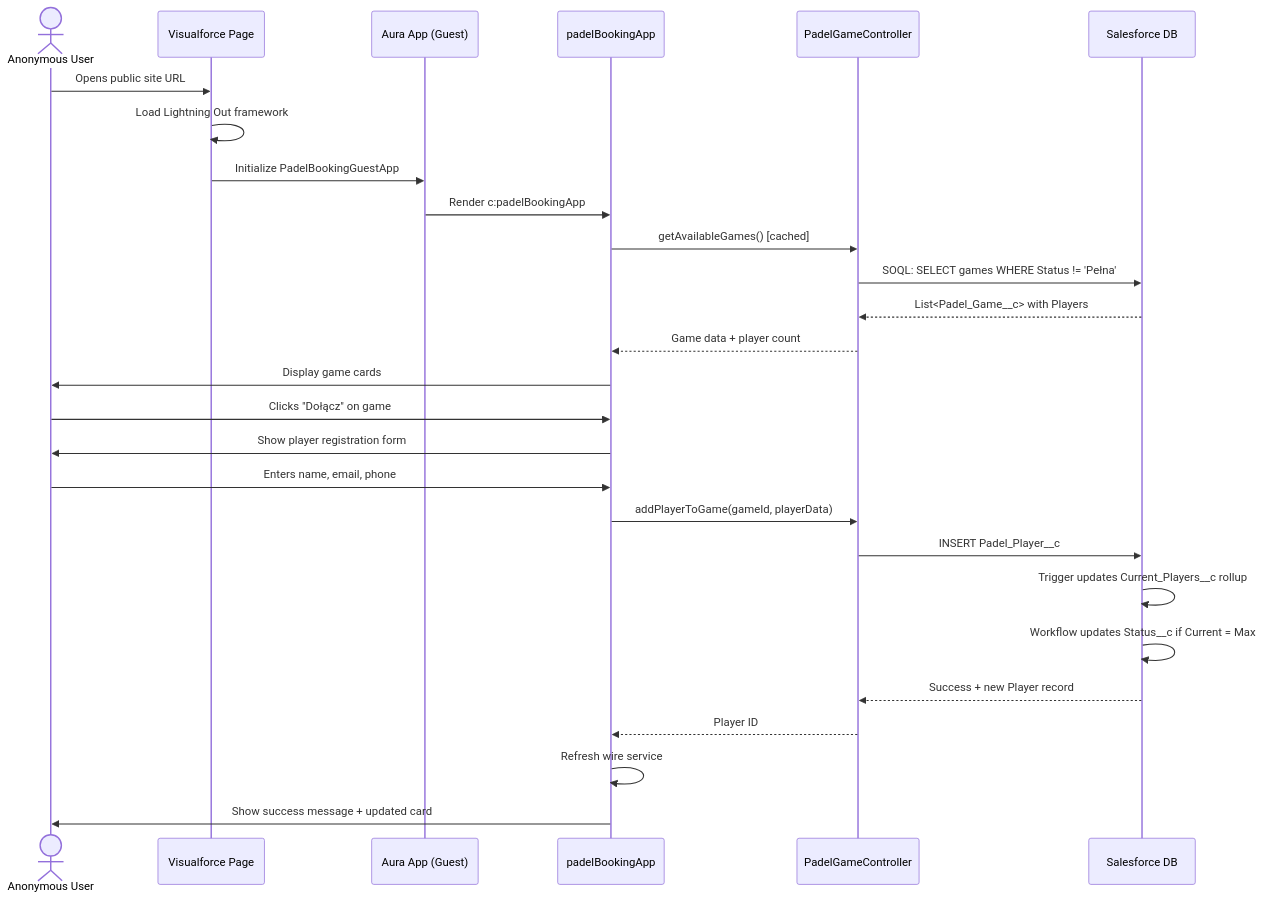
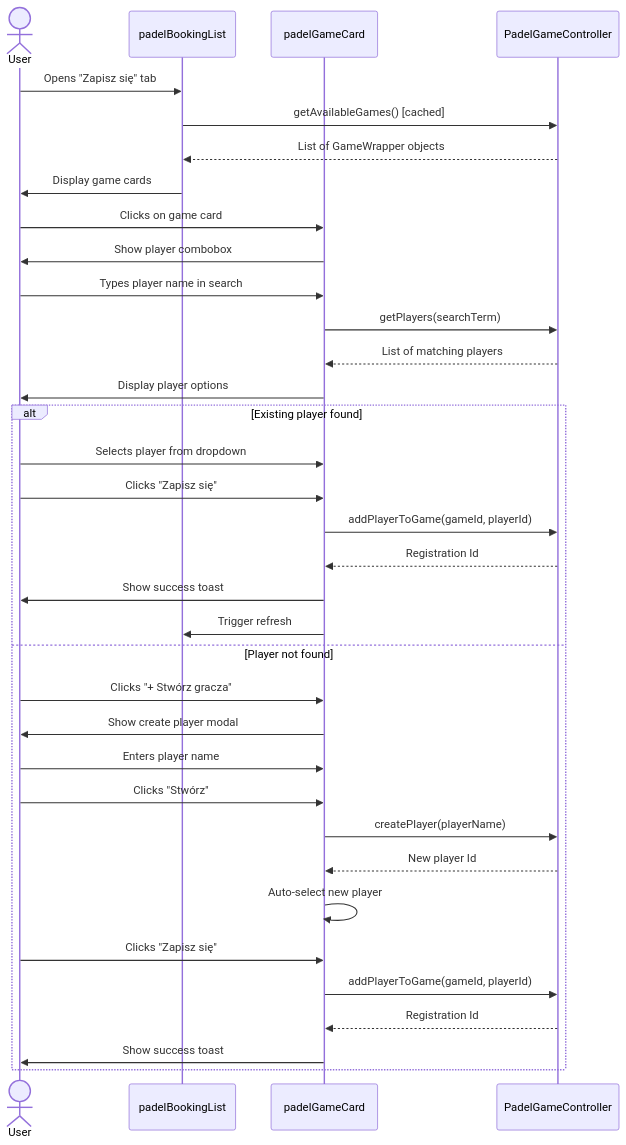
Before and after one commit to Feeell2/PadelBookingApp: the second of 3 diagrams in bookingPadelApp/BookingPadelApp/padel-booking-experience-cloud-design.md, drawn with Mermaid. The commit also changed other lines of this file, not shown here.

First line of the commit message:
Update design document with user-approved changes

````diff
--- a/bookingPadelApp/BookingPadelApp/padel-booking-experience-cloud-design.md
+++ b/bookingPadelApp/BookingPadelApp/padel-booking-experience-cloud-design.md
@@ -378,31 +1667,41 @@
 ```mermaid
 sequenceDiagram
-    actor User as Anonymous User
-    participant VF as Visualforce Page
-    participant Aura as Aura App (Guest)
-    participant LWC as padelBookingApp
+    actor User
+    participant List as padelBookingList
+    participant Card as padelGameCard
     participant Apex as PadelGameController
-    participant DB as Salesforce DB
 
-    User->>VF: Opens public site URL
-    VF->>VF: Load Lightning Out framework
-    VF->>Aura: Initialize PadelBookingGuestApp
-    Aura->>LWC: Render c:padelBookingApp
-    LWC->>Apex: getAvailableGames() [cached]
-    Apex->>DB: SOQL: SELECT games WHERE Status != 'Pełna'
-    DB-->>Apex: List<Padel_Game__c> with Players
-    Apex-->>LWC: Game data + player count
-    LWC->>User: Display game cards
+    User->>List: Opens "Zapisz się" tab
+    List->>Apex: getAvailableGames() [cached]
+    Apex-->>List: List of GameWrapper objects
+    List->>User: Display game cards
 
-    User->>LWC: Clicks "Dołącz" on game
-    LWC->>User: Show player registration form
-    User->>LWC: Enters name, email, phone
-    LWC->>Apex: addPlayerToGame(gameId, playerData)
-    Apex->>DB: INSERT Padel_Player__c
-    DB->>DB: Trigger updates Current_Players__c rollup
-    DB->>DB: Workflow updates Status__c if Current = Max
-    DB-->>Apex: Success + new Player record
-    Apex-->>LWC: Player ID
-    LWC->>LWC: Refresh wire service
-    LWC->>User: Show success message + updated card
+    User->>Card: Clicks on game card
+    Card->>User: Show player combobox
+
+    User->>Card: Types player name in search
+    Card->>Apex: getPlayers(searchTerm)
+    Apex-->>Card: List of matching players
+    Card->>User: Display player options
+
+    alt Existing player found
+        User->>Card: Selects player from dropdown
+        User->>Card: Clicks "Zapisz się"
+        Card->>Apex: addPlayerToGame(gameId, playerId)
+        Apex-->>Card: Registration Id
+        Card->>User: Show success toast
+        Card->>List: Trigger refresh
+    else Player not found
+        User->>Card: Clicks "+ Stwórz gracza"
+        Card->>User: Show create player modal
+        User->>Card: Enters player name
+        User->>Card: Clicks "Stwórz"
+        Card->>Apex: createPlayer(playerName)
+        Apex-->>Card: New player Id
+        Card->>Card: Auto-select new player
+        User->>Card: Clicks "Zapisz się"
+        Card->>Apex: addPlayerToGame(gameId, playerId)
+        Apex-->>Card: Registration Id
+        Card->>User: Show success toast
+    end
 ```
````
